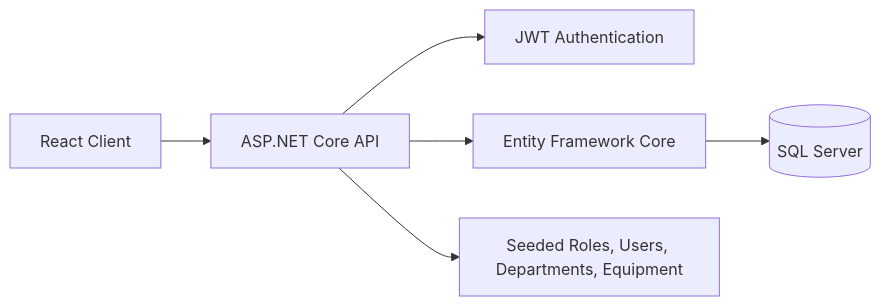
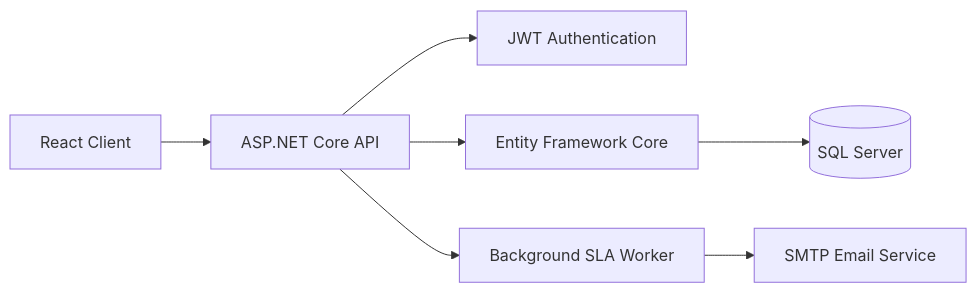
One commit to hoaiiann0804/internal-maintenance-management-system changed the second of 2 diagrams in README.md. Above: the diagram before and after it, drawn with Mermaid. The commit also changed other lines of this file, not shown here.

Commit message:
docs: update README with SLA tracking, SMTP email alerts, and refined architecture structure

````diff
--- a/README.md
+++ b/README.md
@@ -264,8 +350,9 @@
 ```mermaid
 flowchart LR
     A[React Client] --> B[ASP.NET Core API]
     B --> C[JWT Authentication]
     B --> D[Entity Framework Core]
     D --> E[(SQL Server)]
-    B --> F[Seeded Roles, Users, Departments, Equipment]
+    B --> F[Background SLA Worker]
+    F --> G[SMTP Email Service]
 ```
````
